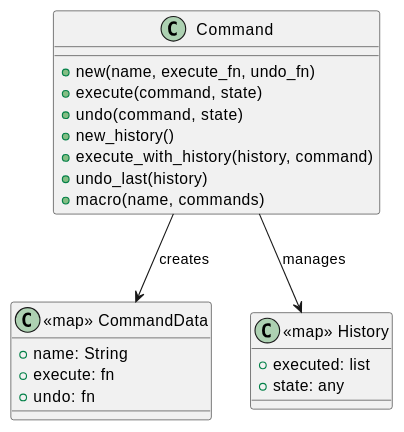
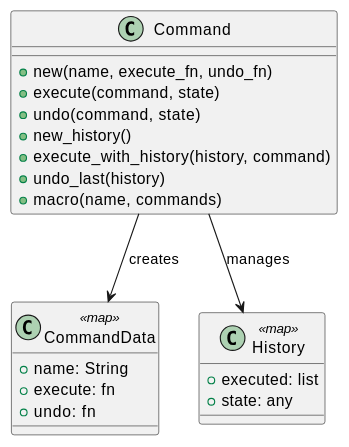
Before and after one commit to k2works/getting-started-design-pattern: the diagram in docs/article/elixir/09-command.md, drawn with PlantUML. The commit also changed 73 other files, not shown here.

Commit message:
docs(article): PlantUML 表記と記事ナビゲーションを整理

````diff
--- a/docs/article/elixir/09-command.md
+++ b/docs/article/elixir/09-command.md
@@ -9,27 +9,27 @@
 ```plantuml
 @startuml
 class "Command" as C {
   + new(name, execute_fn, undo_fn)
   + execute(command, state)
   + undo(command, state)
   + new_history()
   + execute_with_history(history, command)
   + undo_last(history)
   + macro(name, commands)
 }
 
-class "<<map>> CommandData" as CD {
+class "CommandData" as CD <<map>> {
   + name: String
   + execute: fn
   + undo: fn
 }
 
-class "<<map>> History" as H {
+class "History" as H <<map>> {
   + executed: list
   + state: any
 }
 
 C --> CD : creates
 C --> H : manages
 @enduml
 ```
````
